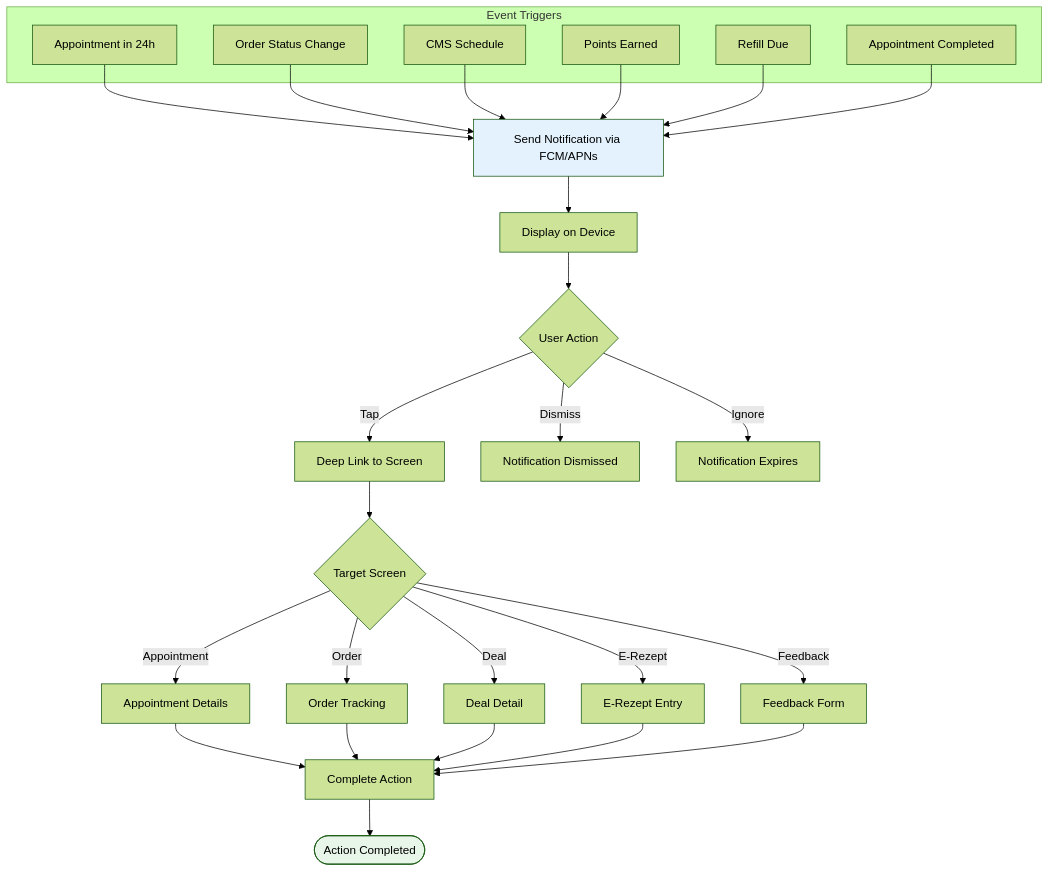
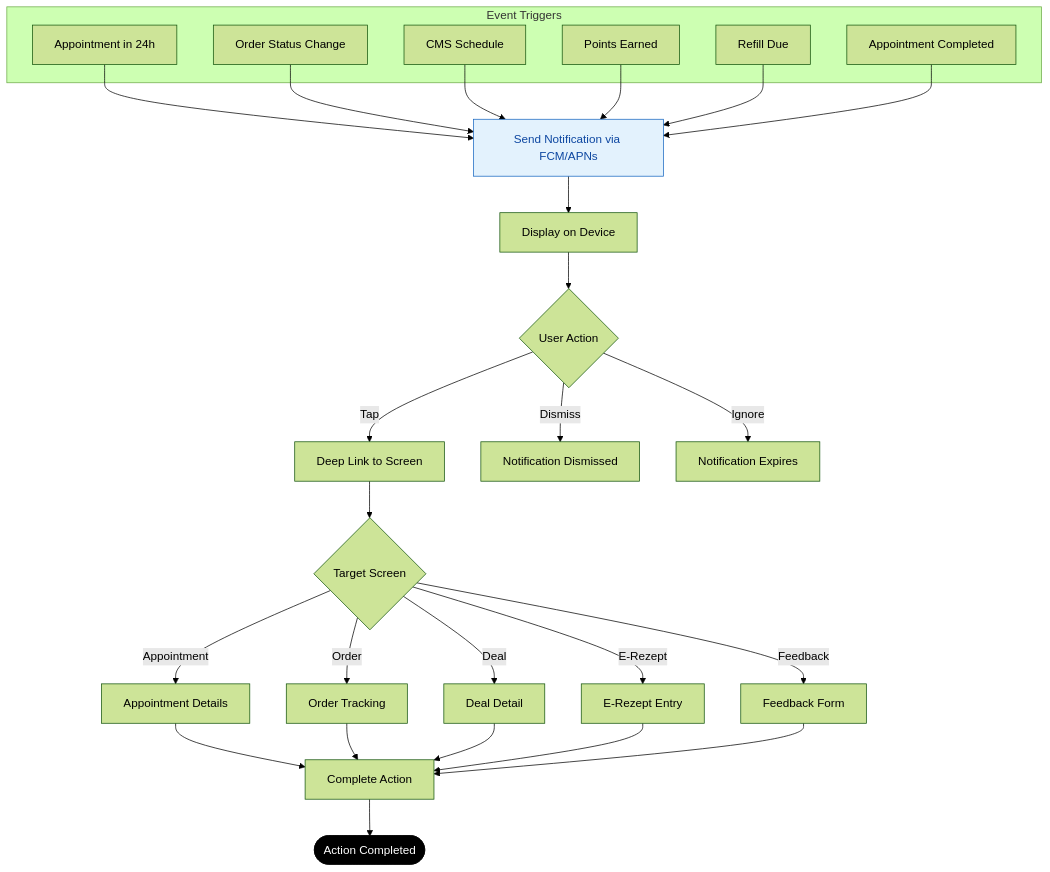
The ninth of 9 diagrams in docs/USER-FLOWS.md (tini-works/proto-medalpha), drawn with Mermaid (forest theme) before and after one commit. The commit also changed other lines of this file and 99 other files, not shown here.

````diff
--- a/docs/USER-FLOWS.md
+++ b/docs/USER-FLOWS.md
@@ -603,44 +603,44 @@
 ```mermaid
 flowchart TD
     subgraph TRIGGERS["Event Triggers"]
         T1[Appointment in 24h]
         T2[Order Status Change]
         T3[CMS Schedule]
         T4[Points Earned]
         T5[Refill Due]
         T6[Appointment Completed]
     end
 
     T1 --> SEND
     T2 --> SEND
     T3 --> SEND
     T4 --> SEND
     T5 --> SEND
     T6 --> SEND
 
     SEND[Send Notification via FCM/APNs]
     SEND --> DEVICE[Display on Device]
     DEVICE --> USER_ACTION{User Action}
 
     USER_ACTION -->|Tap| DEEP_LINK[Deep Link to Screen]
     USER_ACTION -->|Dismiss| DISMISS[Notification Dismissed]
     USER_ACTION -->|Ignore| EXPIRE[Notification Expires]
 
     DEEP_LINK --> SCREEN{Target Screen}
     SCREEN -->|Appointment| APPT_DETAIL[Appointment Details]
     SCREEN -->|Order| ORDER_TRACK[Order Tracking]
     SCREEN -->|Deal| DEAL_VIEW[Deal Detail]
     SCREEN -->|E-Rezept| ERX_ENTRY[E-Rezept Entry]
     SCREEN -->|Feedback| FEEDBACK[Feedback Form]
 
     APPT_DETAIL --> ACTION[Complete Action]
     ORDER_TRACK --> ACTION
     DEAL_VIEW --> ACTION
     ERX_ENTRY --> ACTION
     FEEDBACK --> ACTION
 
     ACTION --> DONE([Action Completed])
 
-    style SEND fill:#e3f2fd
-    style DONE fill:#e8f5e9
+    style SEND fill:#e3f2fd,stroke:#1565c0,color:#0d47a1
+    style DONE fill:#000000,stroke:#000000,color:#ffffff
 ```
````
